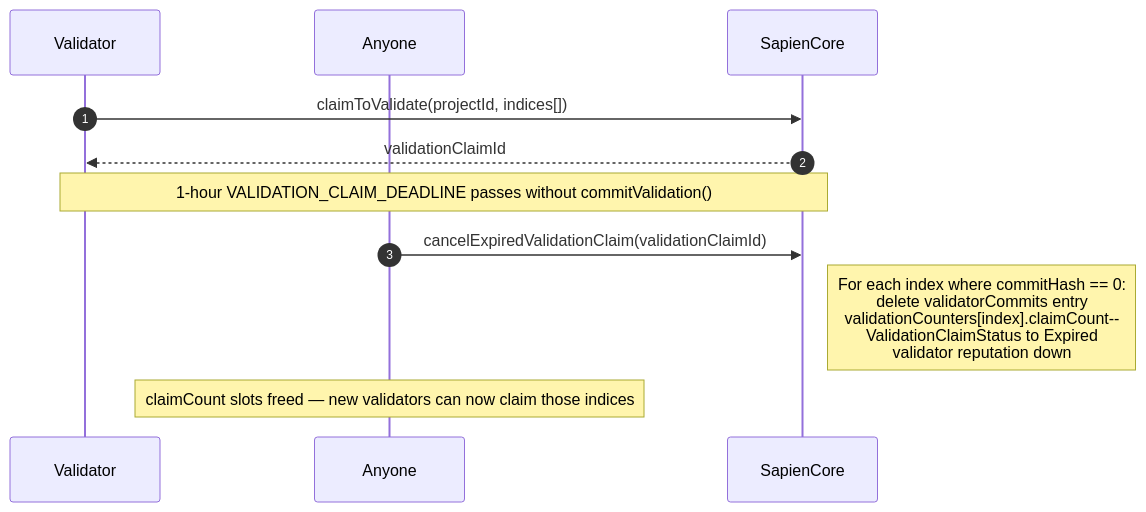
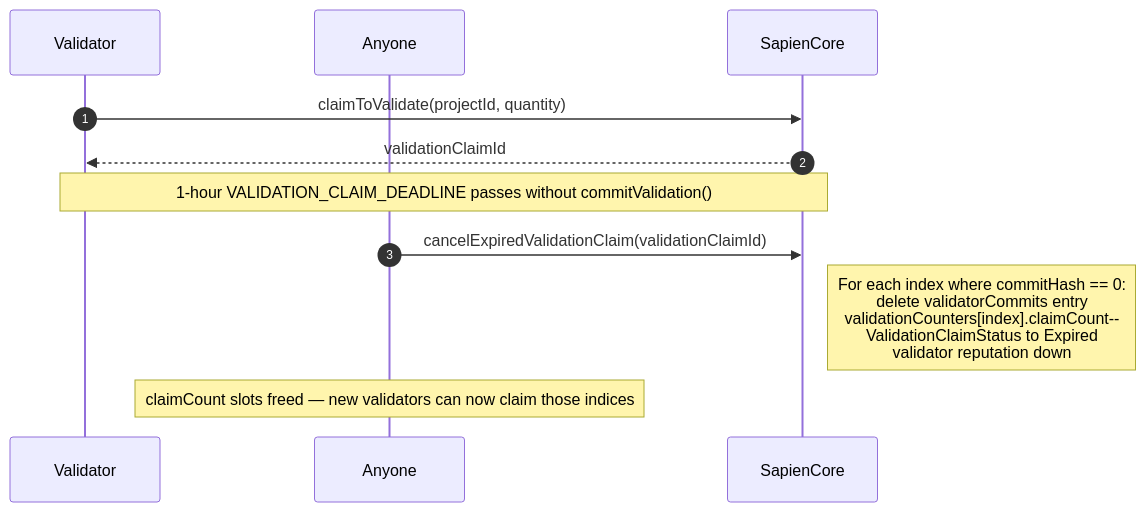
One commit to Sapien-io/sapien-contracts changed the sixth of 12 diagrams in docs/guides/protocol-lifecycle.md. Above: the diagram before and after it, drawn with Mermaid. The commit also changed other lines of this file and 68 other files, not shown here.

````diff
--- a/docs/guides/protocol-lifecycle.md
+++ b/docs/guides/protocol-lifecycle.md
@@ -206,15 +206,15 @@
 ```mermaid
 sequenceDiagram
     autonumber
     participant VLD as Validator
     participant ANY as Anyone
     participant SC as SapienCore
 
-    VLD->>SC: claimToValidate(projectId, indices[])
+    VLD->>SC: claimToValidate(projectId, quantity)
     SC-->>VLD: validationClaimId
     Note over VLD,SC: 1-hour VALIDATION_CLAIM_DEADLINE passes without commitValidation()
 
     ANY->>SC: cancelExpiredValidationClaim(validationClaimId)
     Note right of SC: For each index where commitHash == 0:<br/>  delete validatorCommits entry<br/>  validationCounters[index].claimCount--<br/>ValidationClaimStatus to Expired<br/>validator reputation down
     Note over ANY: claimCount slots freed — new validators can now claim those indices
 ```
````
